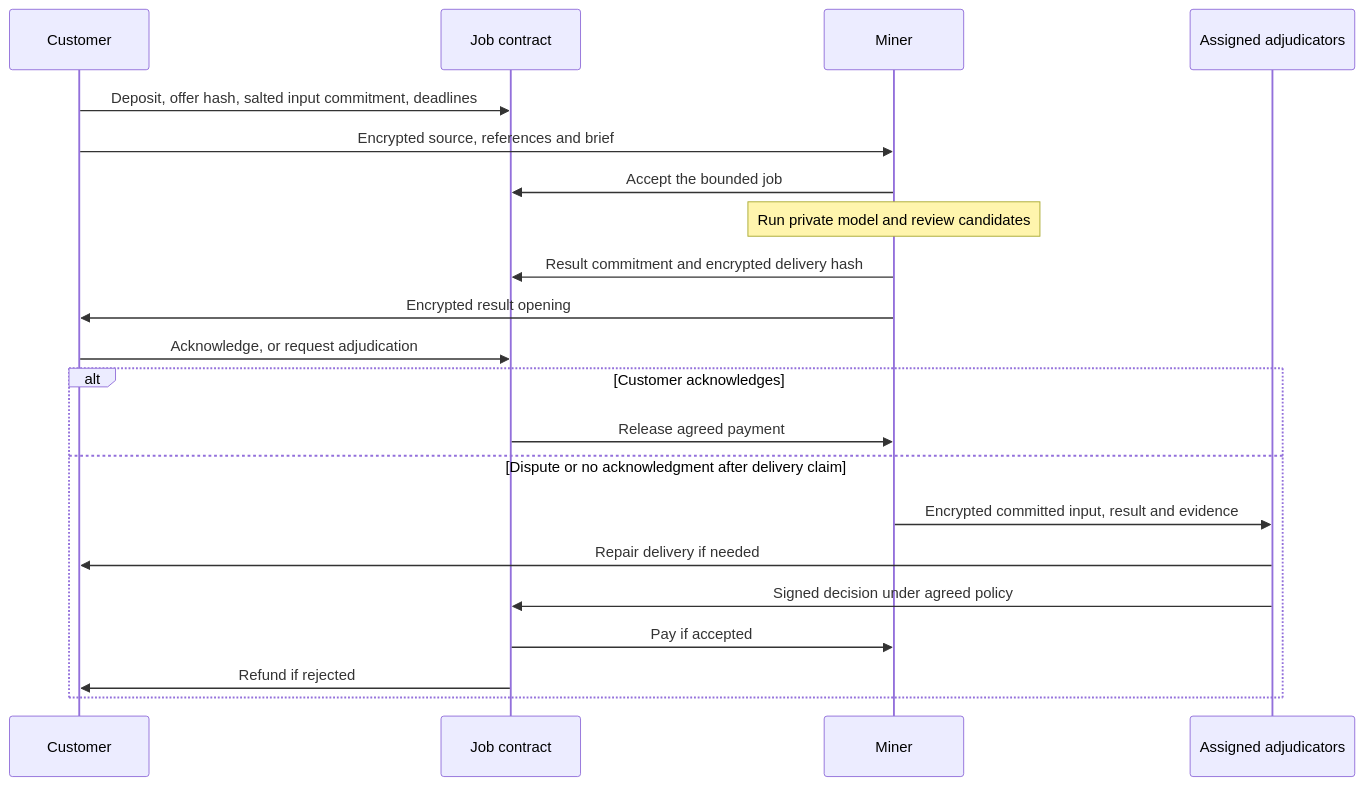
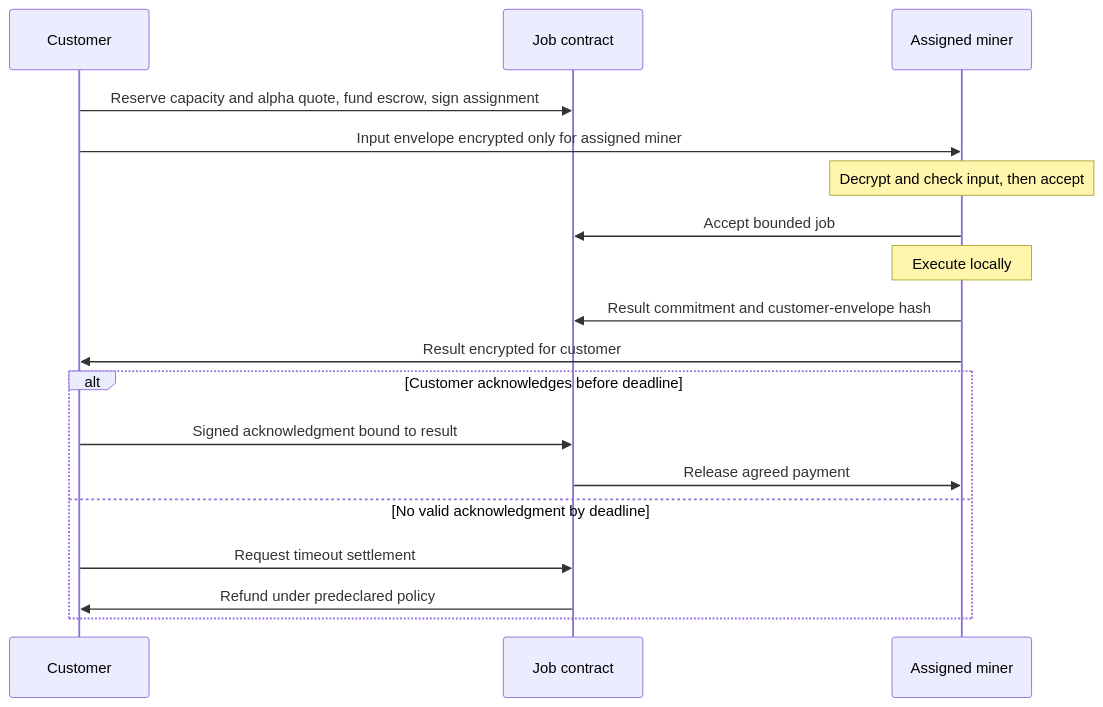
One commit to sam0x17/slopninja changed the diagram in docs/paid-inference.md. Above: the diagram before and after it, drawn with Mermaid. The commit also changed other lines of this file and 25 other files, not shown here.

````diff
--- a/docs/paid-inference.md
+++ b/docs/paid-inference.md
@@ -56,23 +120,20 @@
 ```mermaid
 sequenceDiagram
     participant C as Customer
     participant E as Job contract
-    participant M as Miner
-    participant V as Assigned adjudicators
-    C->>E: Deposit, offer hash, salted input commitment, deadlines
-    C->>M: Encrypted source, references and brief
-    M->>E: Accept the bounded job
-    Note over M: Run private model and review candidates
-    M->>E: Result commitment and encrypted delivery hash
-    M->>C: Encrypted result opening
-    C->>E: Acknowledge, or request adjudication
-    alt Customer acknowledges
+    participant M as Assigned miner
+    C->>E: Reserve capacity and alpha quote, fund escrow, sign assignment
+    C->>M: Input envelope encrypted only for assigned miner
+    Note over M: Decrypt and check input, then accept
+    M->>E: Accept bounded job
+    Note over M: Execute locally
+    M->>E: Result commitment and customer-envelope hash
+    M->>C: Result encrypted for customer
+    alt Customer acknowledges before deadline
+        C->>E: Signed acknowledgment bound to result
         E->>M: Release agreed payment
-    else Dispute or no acknowledgment after delivery claim
-        M->>V: Encrypted committed input, result and evidence
-        V->>C: Repair delivery if needed
-        V->>E: Signed decision under agreed policy
-        E->>M: Pay if accepted
-        E->>C: Refund if rejected
+    else No valid acknowledgment by deadline
+        C->>E: Request timeout settlement
+        E->>C: Refund under predeclared policy
     end
 ```
````
